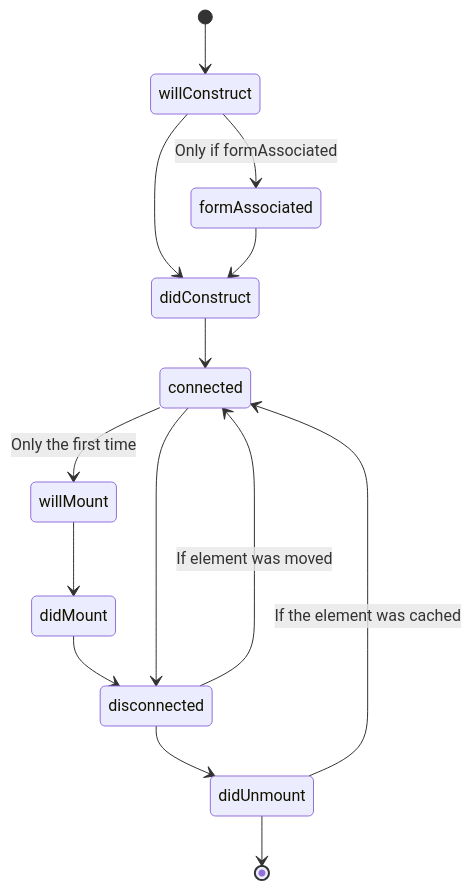
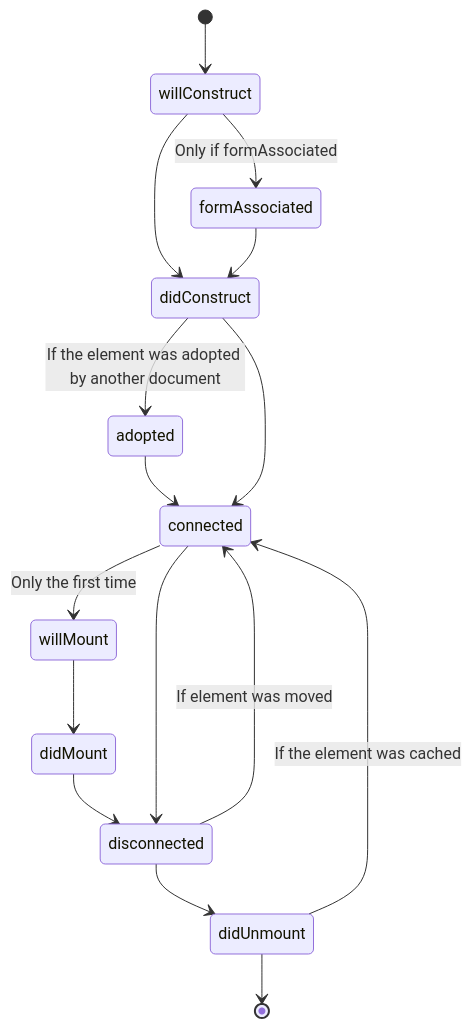
The first of 4 diagrams in README.md (michijs/michijs), drawn with Mermaid before and after one commit. The commit also changed other lines of this file and 8 other files, not shown here.

````diff
--- a/README.md
+++ b/README.md
@@ -252,17 +256,19 @@
 ```mermaid
 stateDiagram-v2
     [*] --> willConstruct
     willConstruct --> didConstruct
+    didConstruct --> adopted: If the element was adopted by another document
+    adopted --> connected
     didConstruct --> connected
     connected --> willMount: Only the first time
     willMount --> didMount
     didMount --> disconnected
     disconnected --> didUnmount
     didUnmount --> [*]
     disconnected --> connected: If element was moved
     connected --> disconnected
     didUnmount --> connected: If the element was cached
 
     willConstruct --> formAssociated: Only if formAssociated
     formAssociated --> didConstruct
 ```
````
